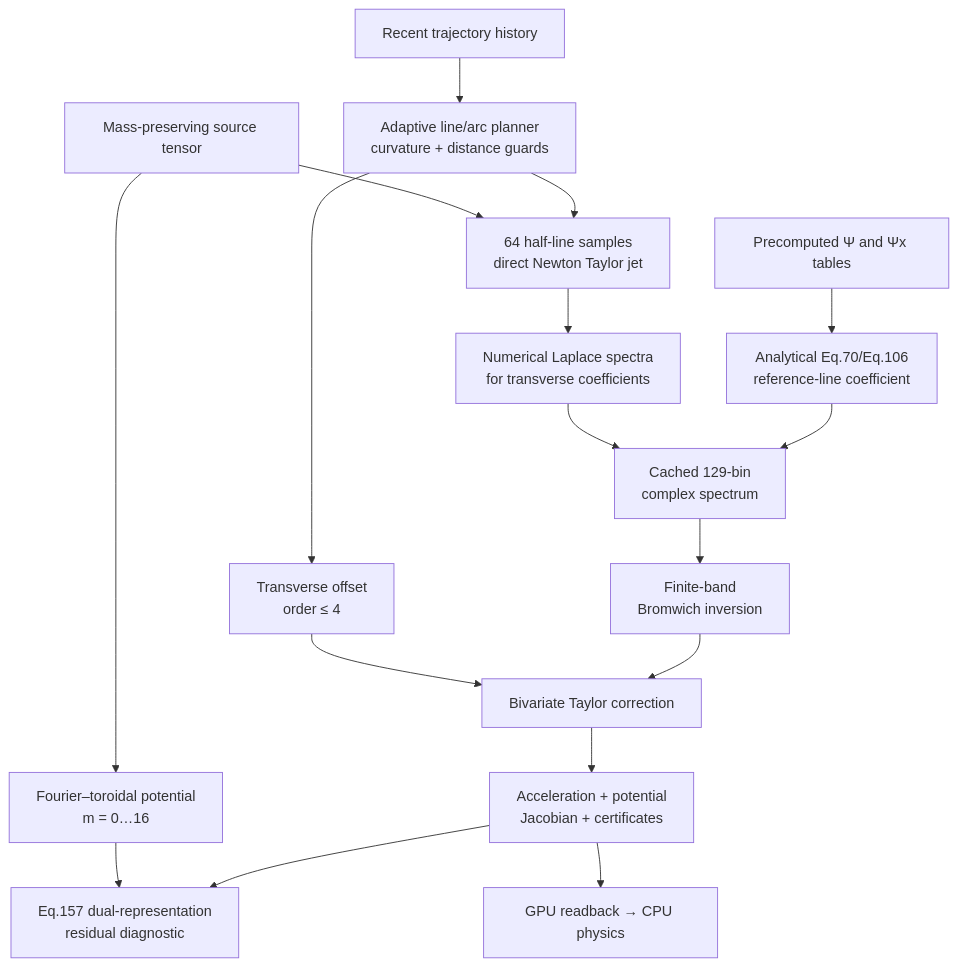
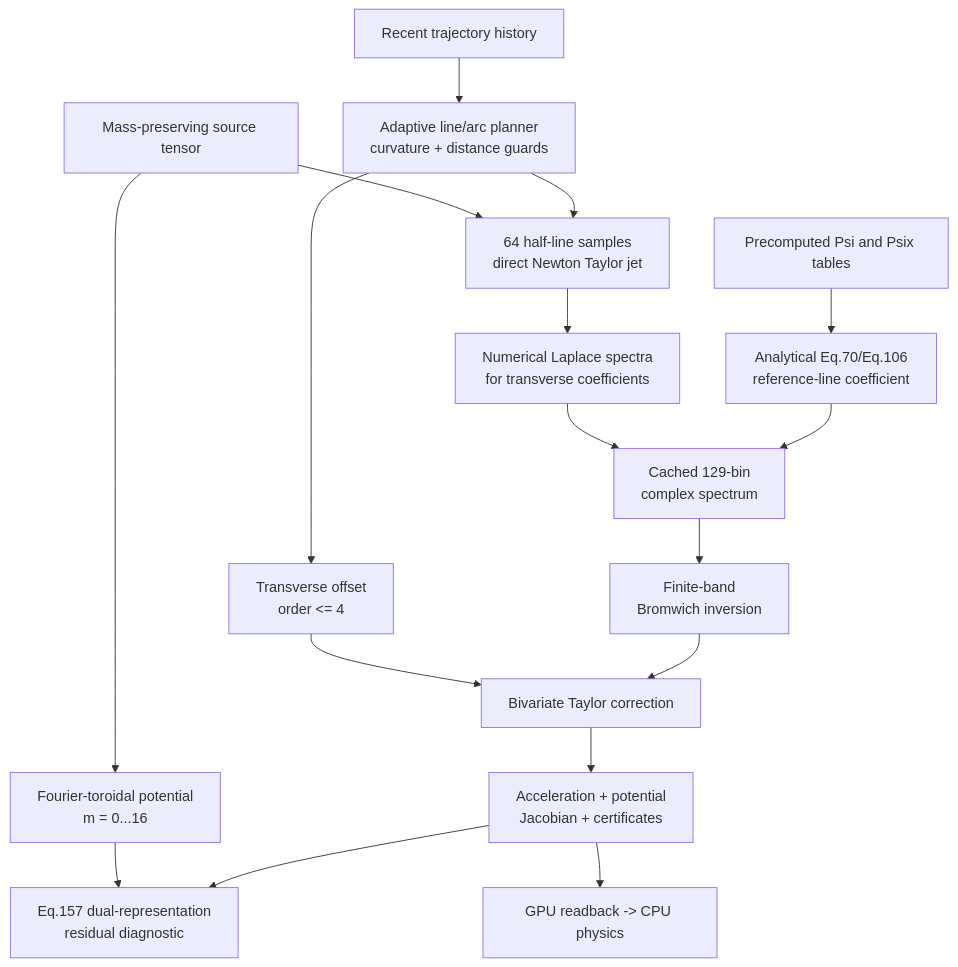
Before and after one commit to Tom-Jim/RyuGu_WASM: the third of 4 diagrams in README.md, drawn with Mermaid. The commit also changed other lines of this file and 34 other files, not shown here.

````diff
--- a/README.md
+++ b/README.md
@@ -224,19 +224,19 @@
 ```mermaid
 flowchart TD
     History["Recent trajectory history"] --> Planner["Adaptive line/arc planner<br/>curvature + distance guards"]
     Source["Mass-preserving source tensor"] --> Samples["64 half-line samples<br/>direct Newton Taylor jet"]
     Planner --> Samples
     Samples --> Numerical["Numerical Laplace spectra<br/>for transverse coefficients"]
-    Tables["Precomputed Ψ and Ψx tables"] --> Analytic["Analytical Eq.70/Eq.106<br/>reference-line coefficient"]
+    Tables["Precomputed Psi and Psix tables"] --> Analytic["Analytical Eq.70/Eq.106<br/>reference-line coefficient"]
     Numerical --> Merge["Cached 129-bin<br/>complex spectrum"]
     Analytic --> Merge
     Merge --> Inverse["Finite-band<br/>Bromwich inversion"]
-    Planner --> Offset["Transverse offset<br/>order ≤ 4"]
+    Planner --> Offset["Transverse offset<br/>order <= 4"]
     Offset --> Taylor["Bivariate Taylor correction"]
     Inverse --> Taylor
     Taylor --> Output["Acceleration + potential<br/>Jacobian + certificates"]
-    Source --> Toroidal["Fourier–toroidal potential<br/>m = 0…16"]
+    Source --> Toroidal["Fourier-toroidal potential<br/>m = 0...16"]
     Toroidal --> Residual["Eq.157 dual-representation<br/>residual diagnostic"]
     Output --> Residual
-    Output --> Readback["GPU readback → CPU physics"]
+    Output --> Readback["GPU readback -> CPU physics"]
 ```
````
